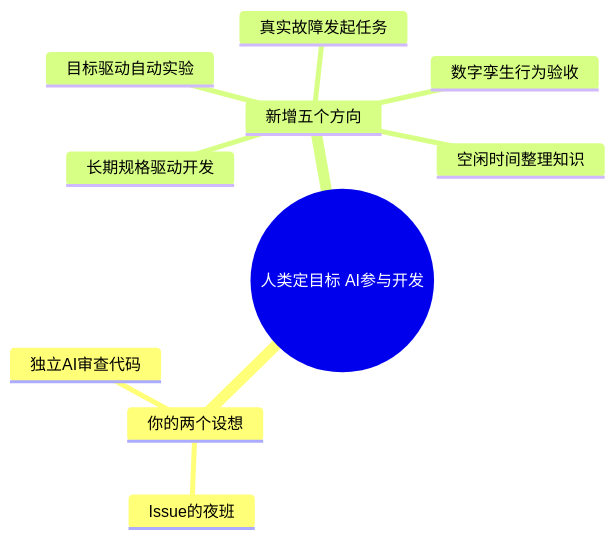
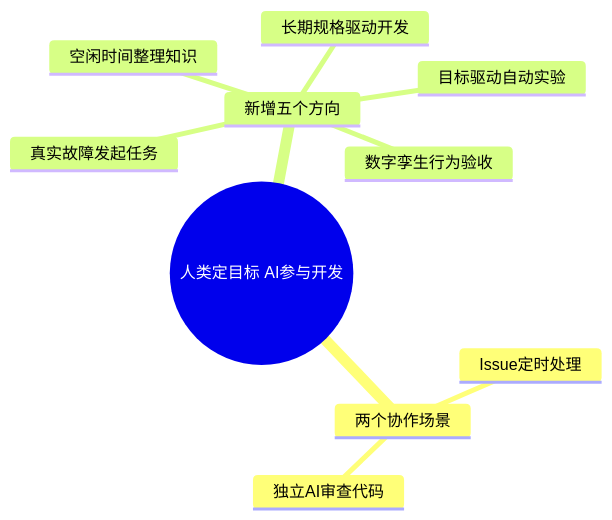
Before and after one commit to yuukiLike/yuuki-box: the diagram in docs/ai-ideas/01-ideas-map.md, drawn with Mermaid. The commit also changed other lines of this file and 163 other files, not shown here.

````diff
--- a/docs/ai-ideas/01-ideas-map.md
+++ b/docs/ai-ideas/01-ideas-map.md
@@ -20,13 +22,13 @@
 ```mermaid
 mindmap
   root((人类定目标 AI参与开发))
-    你的两个设想
-      Issue的夜班
+    两个协作场景
+      Issue定时处理
       独立AI审查代码
     新增五个方向
       真实故障发起任务
       目标驱动自动实验
       数字孪生行为验收
       长期规格驱动开发
       空闲时间整理知识
 ```
````
